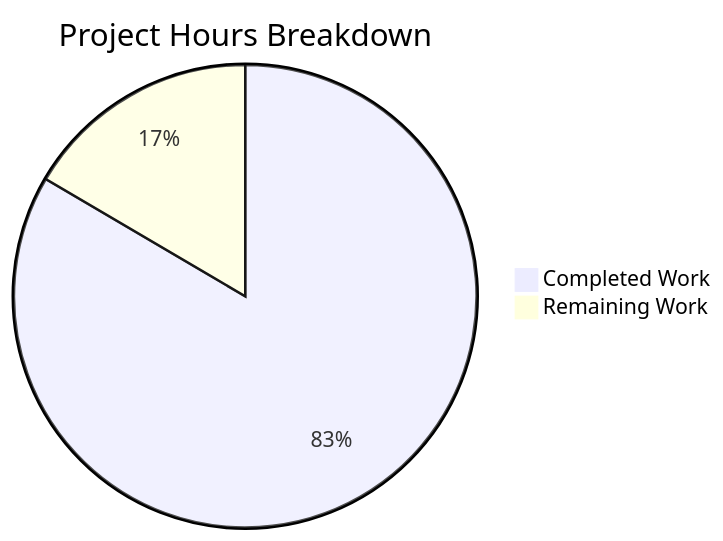
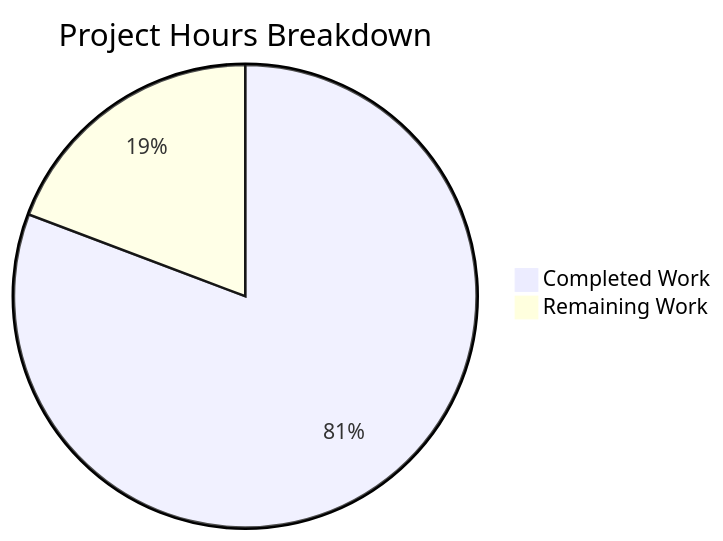
One commit to Blitzy-Sandbox/blitzy-cal changed the second of 2 diagrams in blitzy/documentation/Project Guide.md. Above: the diagram before and after it, drawn with Mermaid. The commit also changed other lines of this file, not shown here.

Commit message:
Adding Blitzy Project Guide: Project Status and Human Tasks Remaining

````diff
--- a/blitzy/documentation/Project Guide.md
+++ b/blitzy/documentation/Project Guide.md
@@ -207,5 +202,5 @@
 ```mermaid
 pie title Project Hours Breakdown
-    "Completed Work" : 116
-    "Remaining Work" : 23
+    "Completed Work" : 172
+    "Remaining Work" : 41
 ```
````
